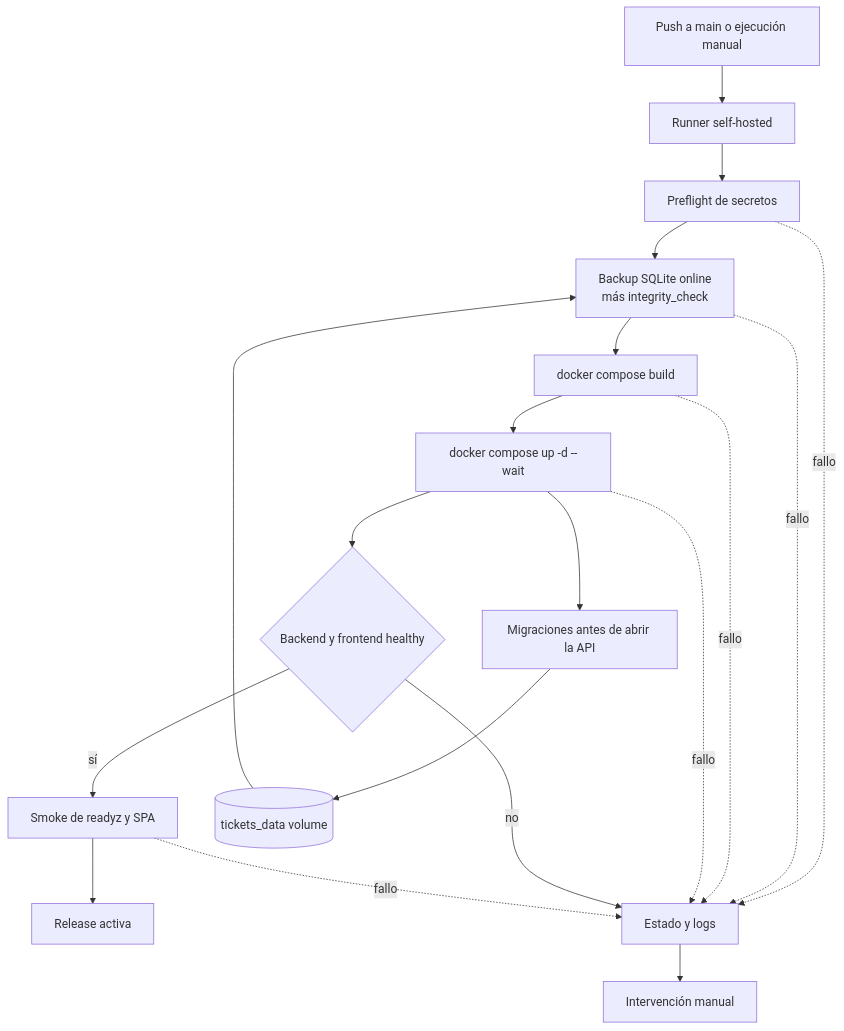
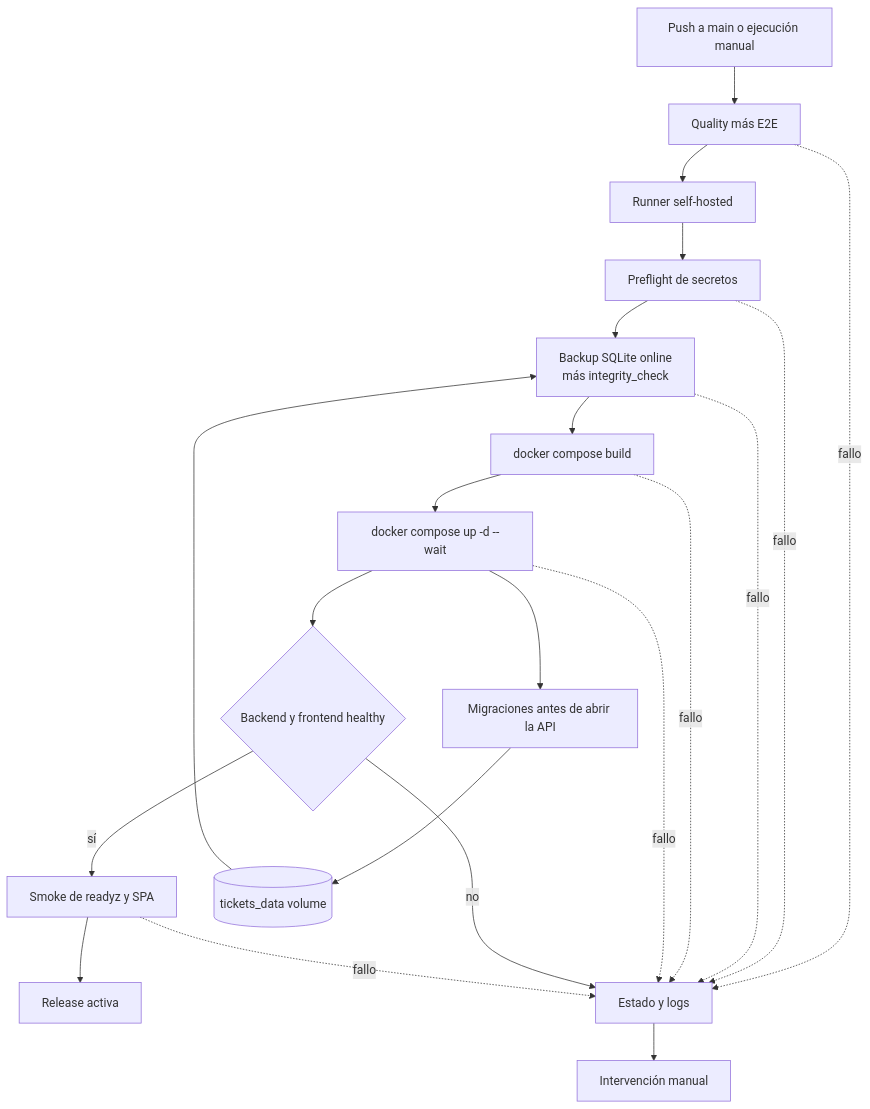
One commit to marianoLaclau/ticketsAdmin changed diagram 14 of 14 in docs/ARQUITECTURA.MD. Above: the diagram before and after it, drawn with Mermaid. The commit also changed other lines of this file and 5 other files, not shown here.

````diff
--- a/docs/ARQUITECTURA.MD
+++ b/docs/ARQUITECTURA.MD
@@ -615,29 +615,31 @@
 ```mermaid
 flowchart TD
     trigger[Push a main o ejecución manual]
+    quality[Quality más E2E]
     runner[Runner self-hosted]
     secrets[Preflight de secretos]
     backup[Backup SQLite online<br/>más integrity_check]
     images[docker compose build]
     rollout[docker compose up -d --wait]
     migrate[Migraciones antes de abrir la API]
     health{Backend y frontend healthy}
     smoke[Smoke de readyz y SPA]
     active[Release activa]
     diagnostics[Estado y logs]
     intervention[Intervención manual]
     volume[(tickets_data volume)]
 
-    trigger --> runner --> secrets --> backup --> images --> rollout
+    trigger --> quality --> runner --> secrets --> backup --> images --> rollout
     volume --> backup
     rollout --> migrate --> volume
     rollout --> health
     health -->|sí| smoke --> active
+    quality -. fallo .-> diagnostics
     secrets -. fallo .-> diagnostics
     backup -. fallo .-> diagnostics
     images -. fallo .-> diagnostics
     rollout -. fallo .-> diagnostics
     health -->|no| diagnostics
     smoke -. fallo .-> diagnostics
     diagnostics --> intervention
 ```
````
